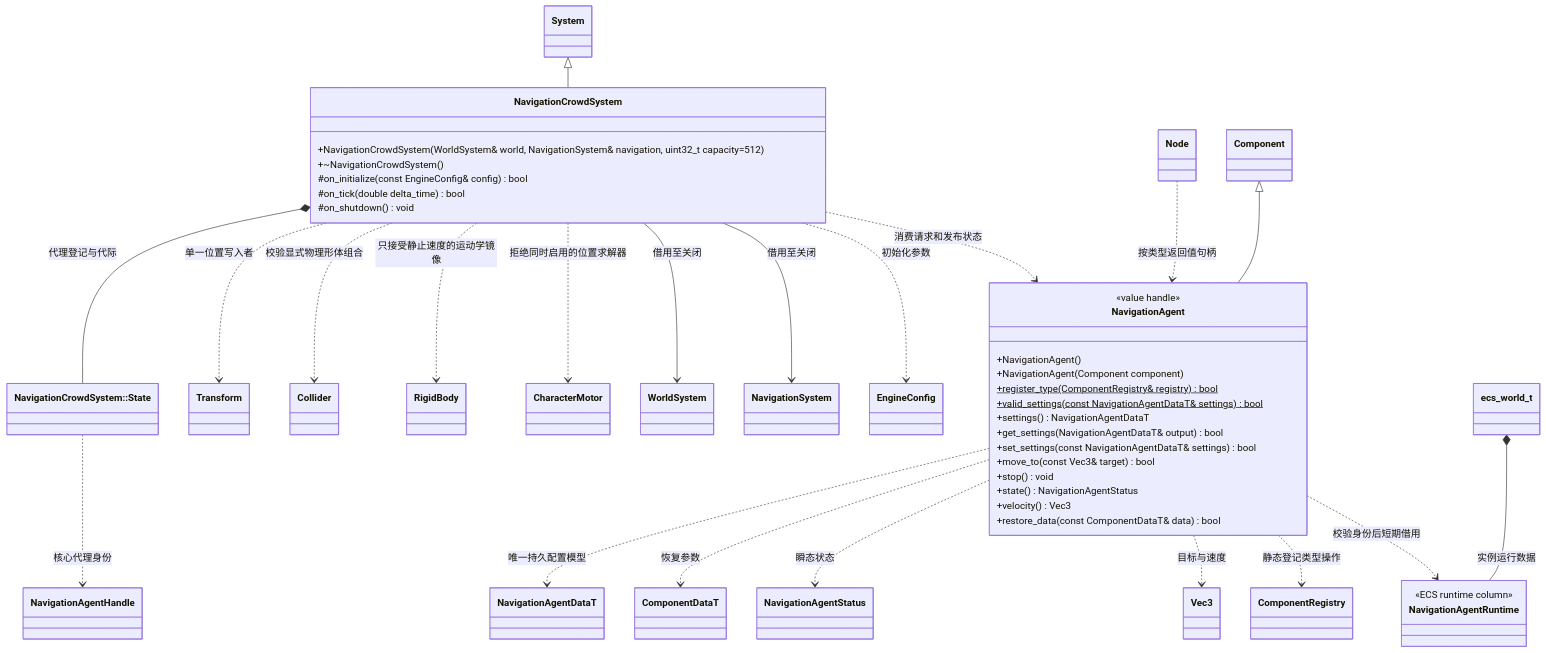
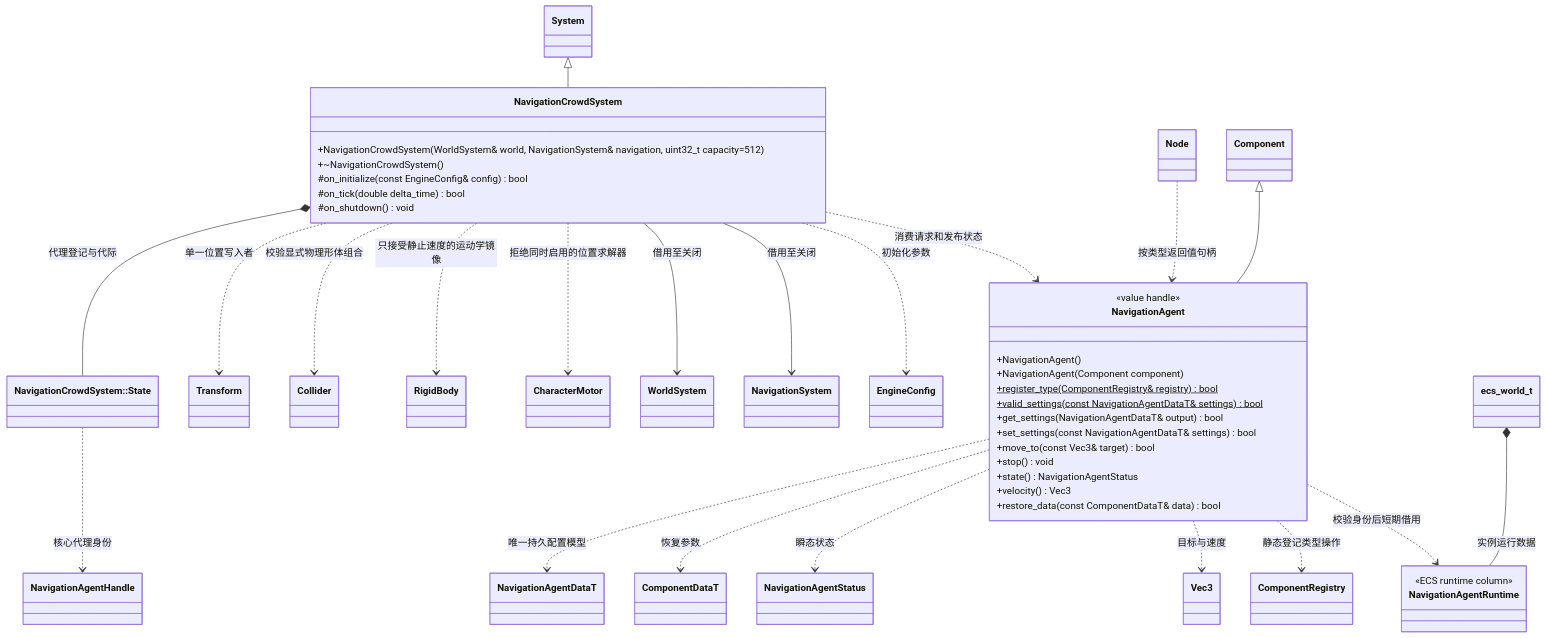
Before and after one commit to lcals/Engine: the diagram in docs/plugins/runtime/class-diagrams/navigation-crowd.md, drawn with Mermaid. The commit also changed other lines of this file and 244 other files, not shown here.

````diff
--- a/docs/plugins/runtime/class-diagrams/navigation-crowd.md
+++ b/docs/plugins/runtime/class-diagrams/navigation-crowd.md
@@ -7,67 +7,67 @@
 ```mermaid
 classDiagram
     class NavigationAgent {
         <<value handle>>
         +NavigationAgent()
         +NavigationAgent(Component component)
         +register_type(ComponentRegistry& registry) bool$
         +valid_settings(const NavigationAgentDataT& settings)$ bool
-        +settings() NavigationAgentDataT
+
         +get_settings(NavigationAgentDataT& output) bool
         +set_settings(const NavigationAgentDataT& settings) bool
         +move_to(const Vec3& target) bool
         +stop() void
         +state() NavigationAgentStatus
         +velocity() Vec3
         +restore_data(const ComponentDataT& data) bool
     }
     class NavigationCrowdSystem {
         +NavigationCrowdSystem(WorldSystem& world, NavigationSystem& navigation, uint32_t capacity=512)
         +~NavigationCrowdSystem()
         #on_initialize(const EngineConfig& config) bool
         #on_tick(double delta_time) bool
         #on_shutdown() void
     }
     class Component
     class System
     class Node
     class Transform
     class Collider
     class RigidBody
     class CharacterMotor
     class WorldSystem
     class NavigationSystem
     class NavigationAgentDataT
     class ComponentDataT
     class NavigationAgentStatus
     class NavigationAgentHandle
     class Vec3
     class EngineConfig
     class CrowdState["NavigationCrowdSystem::State"]
     Component <|-- NavigationAgent
     System <|-- NavigationCrowdSystem
     Node ..> NavigationAgent : 按类型返回值句柄
     NavigationAgent ..> NavigationAgentDataT : 唯一持久配置模型
     NavigationAgent ..> ComponentDataT : 恢复参数
     NavigationAgent ..> NavigationAgentStatus : 瞬态状态
     NavigationAgent ..> Vec3 : 目标与速度
     NavigationCrowdSystem --> WorldSystem : 借用至关闭
     NavigationCrowdSystem --> NavigationSystem : 借用至关闭
     NavigationCrowdSystem *-- CrowdState : 代理登记与代际
     CrowdState ..> NavigationAgentHandle : 核心代理身份
     NavigationCrowdSystem ..> NavigationAgent : 消费请求和发布状态
     NavigationCrowdSystem ..> Transform : 单一位置写入者
     NavigationCrowdSystem ..> Collider : 校验显式物理形体组合
     NavigationCrowdSystem ..> RigidBody : 只接受静止速度的运动学镜像
     NavigationCrowdSystem ..> CharacterMotor : 拒绝同时启用的位置求解器
     NavigationCrowdSystem ..> EngineConfig : 初始化参数
     class ComponentRegistry
     class ecs_world_t
     class NavigationAgentRuntime {
         <<ECS runtime column>>
     }
     ecs_world_t *-- NavigationAgentRuntime : 实例运行数据
     NavigationAgent ..> NavigationAgentRuntime : 校验身份后短期借用
     NavigationAgent ..> ComponentRegistry : 静态登记类型操作
 
 ```
````
